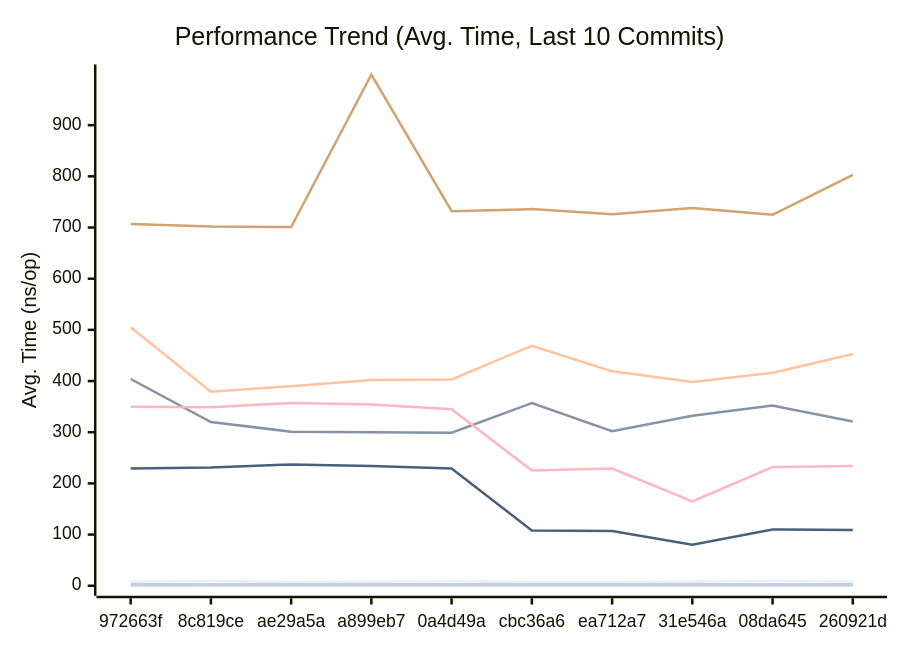
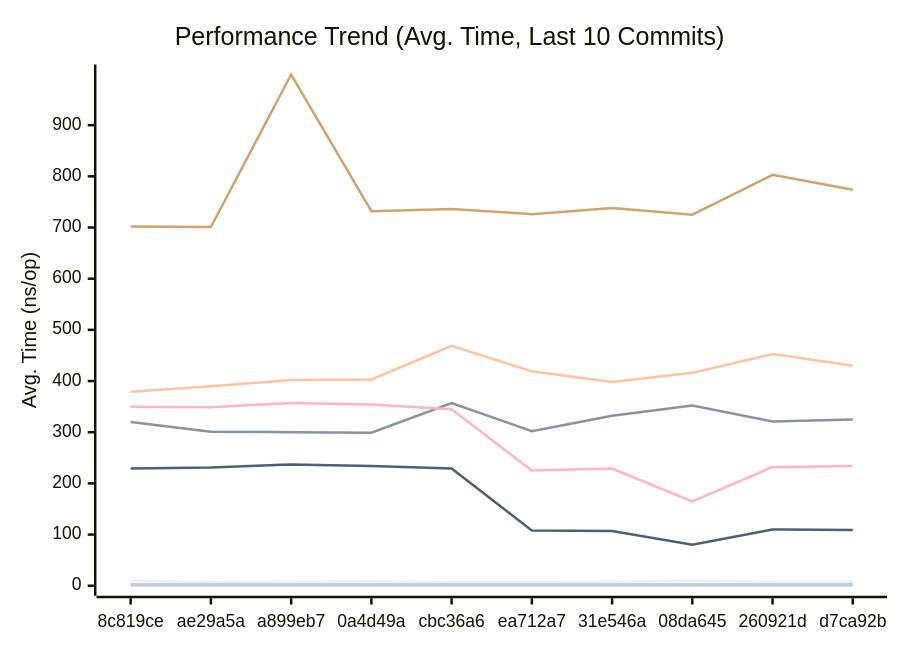
One commit to alsotoes/momo changed the first of 3 diagrams in docs/PERFORMANCE.md. Above: the diagram before and after it, drawn with Mermaid. The commit also changed other lines of this file and 3 other files, not shown here.

````diff
--- a/docs/PERFORMANCE.md
+++ b/docs/PERFORMANCE.md
@@ -80,16 +80,16 @@
 ```mermaid
 xychart-beta
     title "Performance Trend (Avg. Time, Last 10 Commits)"
     x-axis "Commit"
     y-axis "Avg. Time (ns/op)"
-    x-axis [972663f,8c819ce,ae29a5a,a899eb7,0a4d49a,cbc36a6,ea712a7,31e546a,08da645,260921d]
-    line "CheckMetricsAndSwap" [8,10,7,8,9,7,7,8,10,8]
-    line "CrushOptimized" [404,320,301,300,299,357,302,332,352,321]
-    line "CrushOriginal" [505,379,390,402,403,469,419,398,416,453]
+    x-axis [8c819ce,ae29a5a,a899eb7,0a4d49a,cbc36a6,ea712a7,31e546a,08da645,260921d,d7ca92b]
+    line "CheckMetricsAndSwap" [10,7,8,9,7,7,8,10,8,8]
+    line "CrushOptimized" [320,301,300,299,357,302,332,352,321,325]
+    line "CrushOriginal" [379,390,402,403,469,419,398,416,453,430]
     line "IndexDirectTracking" [0,0,0,0,0,0,0,0,0,0]
     line "IndexSearch" [3,3,3,3,3,3,3,3,3,3]
-    line "LoadGlobalConfig" [707,702,701,999,732,736,726,738,725,803]
-    line "PadString" [3,2,2,2,2,2,2,2,2,2]
+    line "LoadGlobalConfig" [702,701,999,732,736,726,738,725,803,774]
+    line "PadString" [2,2,2,2,2,2,2,2,2,2]
     line "ParseReplicationOrder_NoPrealloc" [350,349,357,354,345,225,229,165,232,234]
     line "ParseReplicationOrder_Prealloc" [229,231,237,234,229,108,107,80,110,109]
 ```
````
